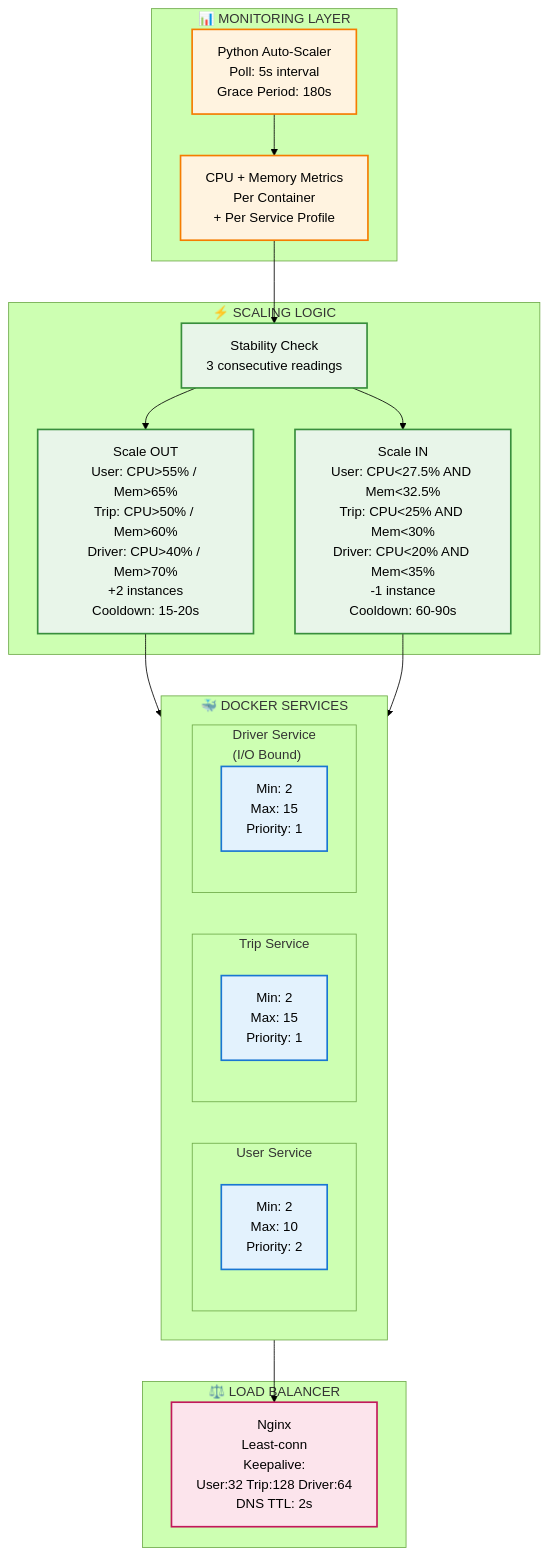
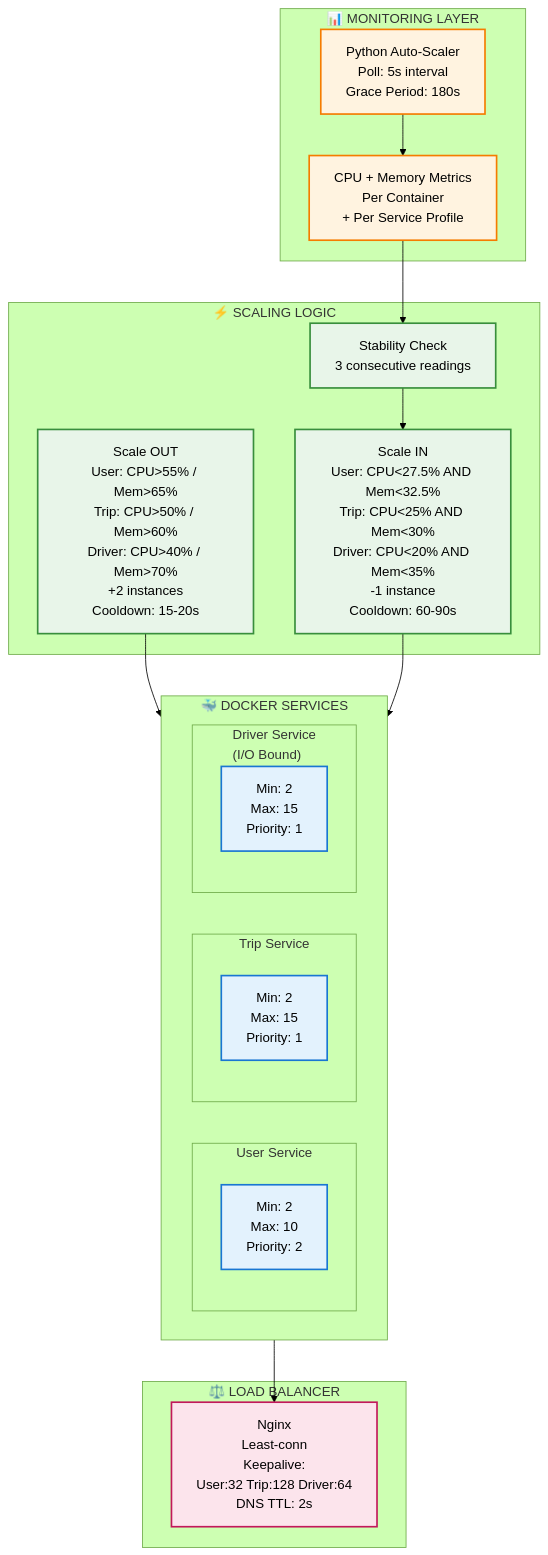
One commit to dieuxuanhien/uit-go-se360 changed the diagram in Deliverables/ADR/ADR-004-auto-scaling.md. Above: the diagram before and after it, drawn with Mermaid (forest theme). The commit also changed 1 other file, not shown here.

Commit message:
add clearly trade offs of ADR 1

````diff
--- a/Deliverables/ADR/ADR-004-auto-scaling.md
+++ b/Deliverables/ADR/ADR-004-auto-scaling.md
@@ -149,47 +149,46 @@
 ```mermaid
 flowchart TB
     subgraph Monitor["📊 MONITORING LAYER"]
         Script["Python Auto-Scaler<br>Poll: 5s interval<br>Grace Period: 180s"]
         Metrics["CPU + Memory Metrics<br>Per Container<br>+ Per Service Profile"]
     end
     
     subgraph Scaling["⚡ SCALING LOGIC"]
         Check["Stability Check<br>3 consecutive readings"]
         ScaleOut["Scale OUT<br>User: CPU>55% / Mem>65%<br>Trip: CPU>50% / Mem>60%<br>Driver: CPU>40% / Mem>70%<br>+2 instances<br>Cooldown: 15-20s"]
         ScaleIn["Scale IN<br>User: CPU<27.5% AND Mem<32.5%<br>Trip: CPU<25% AND Mem<30%<br>Driver: CPU<20% AND Mem<35%<br>-1 instance<br>Cooldown: 60-90s"]
     end
     
     subgraph Services["🐳 DOCKER SERVICES"]
         subgraph User["User Service"]
             U1["Min: 2<br>Max: 10<br>Priority: 2"]
         end
         subgraph Trip["Trip Service"]
             T1["Min: 2<br>Max: 15<br>Priority: 1"]
         end
         subgraph Driver["Driver Service<br>(I/O Bound)"]
             D1["Min: 2<br>Max: 15<br>Priority: 1"]
         end
     end
     
     subgraph LB["⚖️ LOAD BALANCER"]
         Nginx["Nginx<br>Least-conn<br>Keepalive:<br>User:32 Trip:128 Driver:64<br>DNS TTL: 2s"]
     end
     
     Script --> Metrics
     Metrics --> Check
-    Check --> ScaleOut
     Check --> ScaleIn
     ScaleOut --> Services
     ScaleIn --> Services
     Services --> Nginx
     
     classDef monitorBox fill:#fff3e0,stroke:#f57c00,stroke-width:2px
     classDef scaleBox fill:#e8f5e9,stroke:#388e3c,stroke-width:2px
     classDef containerBox fill:#e3f2fd,stroke:#1976d2,stroke-width:2px
     classDef lbBox fill:#fce4ec,stroke:#c2185b,stroke-width:2px
     
     class Script,Metrics monitorBox
     class Check,ScaleOut,ScaleIn scaleBox
     class U1,T1,D1 containerBox
     class Nginx lbBox
 ```
````
